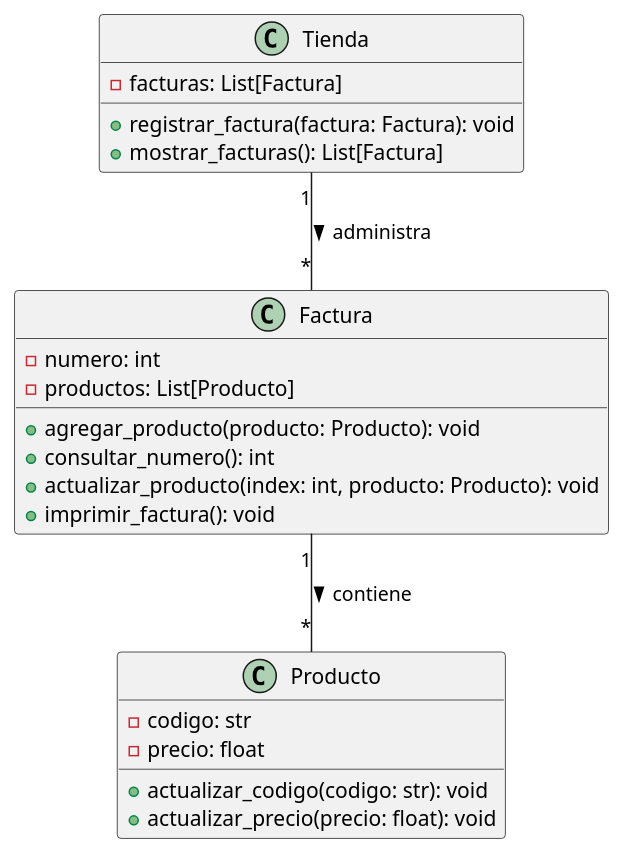
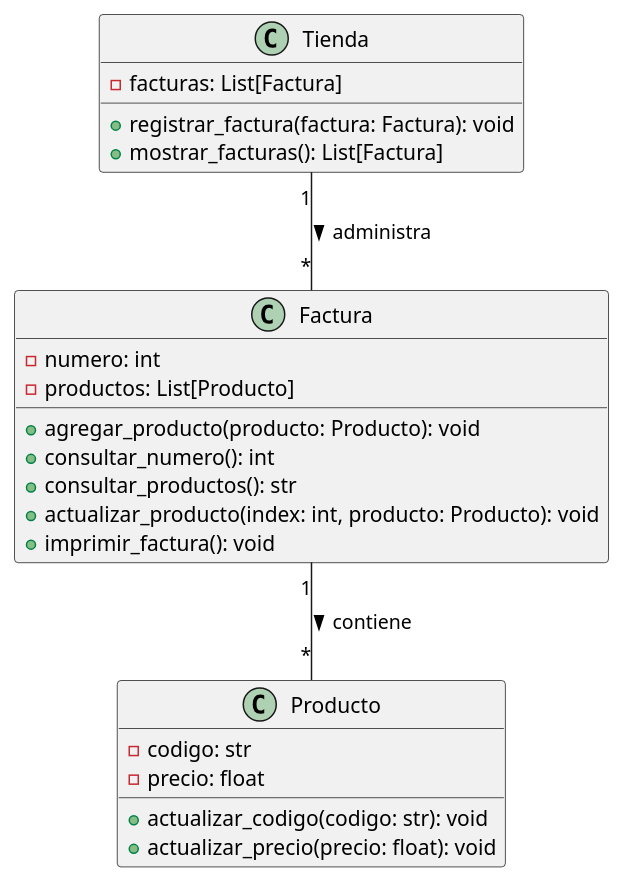
One commit to FreddyUnemi2025/Taller-1 changed the diagram in Ejercicio3/Modelo/tienda.puml. Above: the diagram before and after it, drawn with PlantUML. The commit also changed 1 other file, not shown here.

```diff
--- a/Ejercicio3/Modelo/tienda.puml
+++ b/Ejercicio3/Modelo/tienda.puml
@@ -1,28 +1,29 @@
 @startuml Tienda
 
 class Producto {
   - codigo: str
   - precio: float
   + actualizar_codigo(codigo: str): void
   + actualizar_precio(precio: float): void
 }
 
 class Factura {
   - numero: int
   - productos: List[Producto]
   + agregar_producto(producto: Producto): void
   + consultar_numero(): int
+  + consultar_productos(): str
   + actualizar_producto(index: int, producto: Producto): void
   + imprimir_factura(): void
 }
 
 class Tienda {
   - facturas: List[Factura]
   + registrar_factura(factura: Factura): void
   + mostrar_facturas(): List[Factura]
 }
 
 Factura "1" -- "*" Producto : contiene >
 Tienda "1" -- "*" Factura : administra >
 
 @enduml
```
